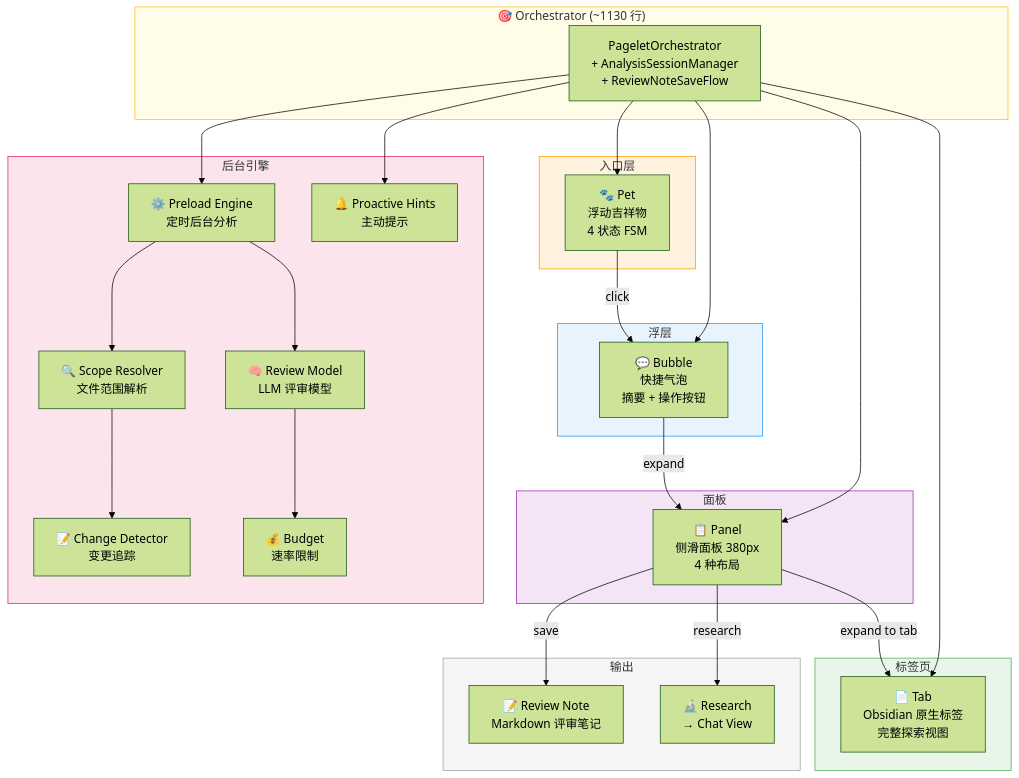
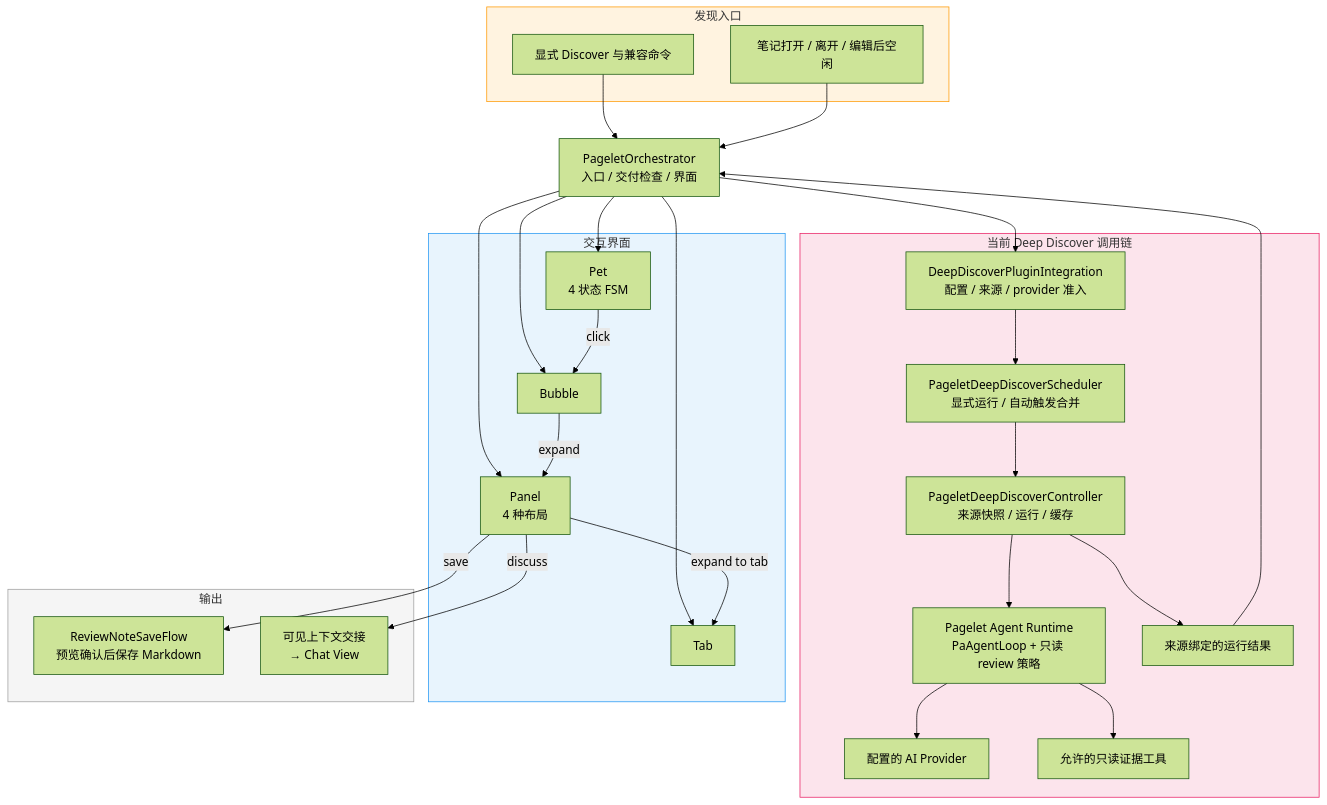
The seventh of 14 diagrams in docs/architecture/architecture-overview.md (edonyzpc/personal-assistant), drawn with Mermaid (forest theme) before and after one commit. The commit also changed other lines of this file and 37 other files, not shown here.

````diff
--- a/docs/architecture/architecture-overview.md
+++ b/docs/architecture/architecture-overview.md
@@ -609,56 +619,47 @@
 ```mermaid
 graph TB
-    subgraph Entry["入口层"]
-        PET[🐾 Pet<br/>浮动吉祥物<br/>4 状态 FSM]
+    subgraph Entry["发现入口"]
+        COMMAND[显式 Discover 与兼容命令]
+        EVENTS[笔记打开 / 离开 / 编辑后空闲]
     end
 
-    subgraph Overlay["浮层"]
-        BUBBLE[💬 Bubble<br/>快捷气泡<br/>摘要 + 操作按钮]
+    ORCH[PageletOrchestrator<br/>入口 / 交付检查 / 界面]
+
+    subgraph Engine["当前 Deep Discover 调用链"]
+        INTEGRATION[DeepDiscoverPluginIntegration<br/>配置 / 来源 / provider 准入]
+        SCHED[PageletDeepDiscoverScheduler<br/>显式运行 / 自动触发合并]
+        CTRL[PageletDeepDiscoverController<br/>来源快照 / 运行 / 缓存]
+        RUNTIME[Pagelet Agent Runtime<br/>PaAgentLoop + 只读 review 策略]
+        MODEL[配置的 AI Provider]
+        TOOLS[允许的只读证据工具]
+        RESULT[来源绑定的运行结果]
     end
 
-    subgraph Panel["面板"]
-        PANEL[📋 Panel<br/>侧滑面板 380px<br/>4 种布局]
-    end
-
-    subgraph Tab["标签页"]
-        TAB[📄 Tab<br/>Obsidian 原生标签<br/>完整探索视图]
-    end
-
-    subgraph Engine["后台引擎"]
-        PRELOAD[⚙️ Preload Engine<br/>定时后台分析]
-        SCOPE[🔍 Scope Resolver<br/>文件范围解析]
-        CHANGE[📝 Change Detector<br/>变更追踪]
-        REVIEW[🧠 Review Model<br/>LLM 评审模型]
-        BUDGET[💰 Budget<br/>速率限制]
-        HINTS[🔔 Proactive Hints<br/>主动提示]
-    end
-
-    subgraph Orchestrator["🎯 Orchestrator (~1130 行)"]
-        ORCH[PageletOrchestrator<br/>+ AnalysisSessionManager<br/>+ ReviewNoteSaveFlow]
+    subgraph UI["交互界面"]
+        PET[Pet<br/>4 状态 FSM]
+        BUBBLE[Bubble]
+        PANEL[Panel<br/>4 种布局]
+        TAB[Tab]
     end
 
     subgraph Output["输出"]
-        RNOTE[📝 Review Note<br/>Markdown 评审笔记]
-        RESEARCH[🔬 Research<br/>→ Chat View]
+        RNOTE[ReviewNoteSaveFlow<br/>预览确认后保存 Markdown]
+        RESEARCH[可见上下文交接<br/>→ Chat View]
     end
 
+    COMMAND & EVENTS --> ORCH
+    ORCH --> INTEGRATION --> SCHED --> CTRL --> RUNTIME
+    RUNTIME --> MODEL & TOOLS
+    CTRL --> RESULT --> ORCH
+    ORCH --> PET & BUBBLE & PANEL & TAB
     PET -->|click| BUBBLE
     BUBBLE -->|expand| PANEL
     PANEL -->|expand to tab| TAB
-
-    ORCH --> PET & BUBBLE & PANEL & TAB
-    ORCH --> PRELOAD
-    PRELOAD --> SCOPE --> CHANGE
-    PRELOAD --> REVIEW --> BUDGET
-    ORCH --> HINTS
     PANEL -->|save| RNOTE
-    PANEL -->|research| RESEARCH
+    PANEL -->|discuss| RESEARCH
 
     style Entry fill:#fff3e0,stroke:#ff9800
-    style Overlay fill:#e8f4fd,stroke:#2196f3
-    style Panel fill:#f3e5f5,stroke:#9c27b0
-    style Tab fill:#e8f5e9,stroke:#4caf50
     style Engine fill:#fce4ec,stroke:#e91e63
-    style Orchestrator fill:#fffde7,stroke:#ffc107
+    style UI fill:#e8f4fd,stroke:#2196f3
     style Output fill:#f5f5f5,stroke:#9e9e9e
 ```
````
